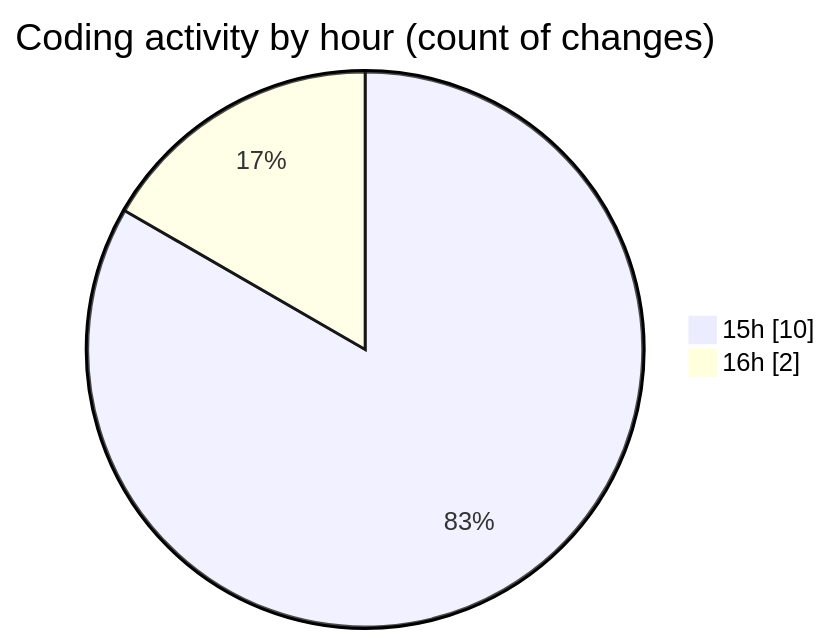
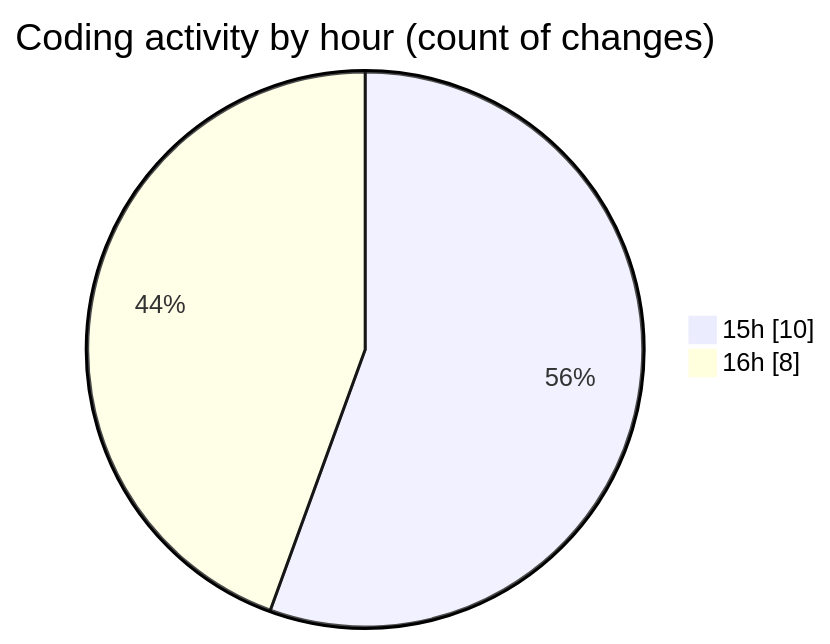
One commit to julien-gomy/code-tracking changed the second of 2 diagrams in 2025-11-23/cdp_aleoudev_fr__workspace_/README.md. Above: the diagram before and after it, drawn with Mermaid. The commit also changed other lines of this file and 1 other file, not shown here.

````diff
--- a/2025-11-23/cdp_aleoudev_fr__workspace_/README.md
+++ b/2025-11-23/cdp_aleoudev_fr__workspace_/README.md
@@ -30,6 +30,6 @@
 ```mermaid
 pie showData
 title Coding activity by hour (count of changes)
 "15h" : 10
-"16h" : 2
+"16h" : 8
 ```
````
